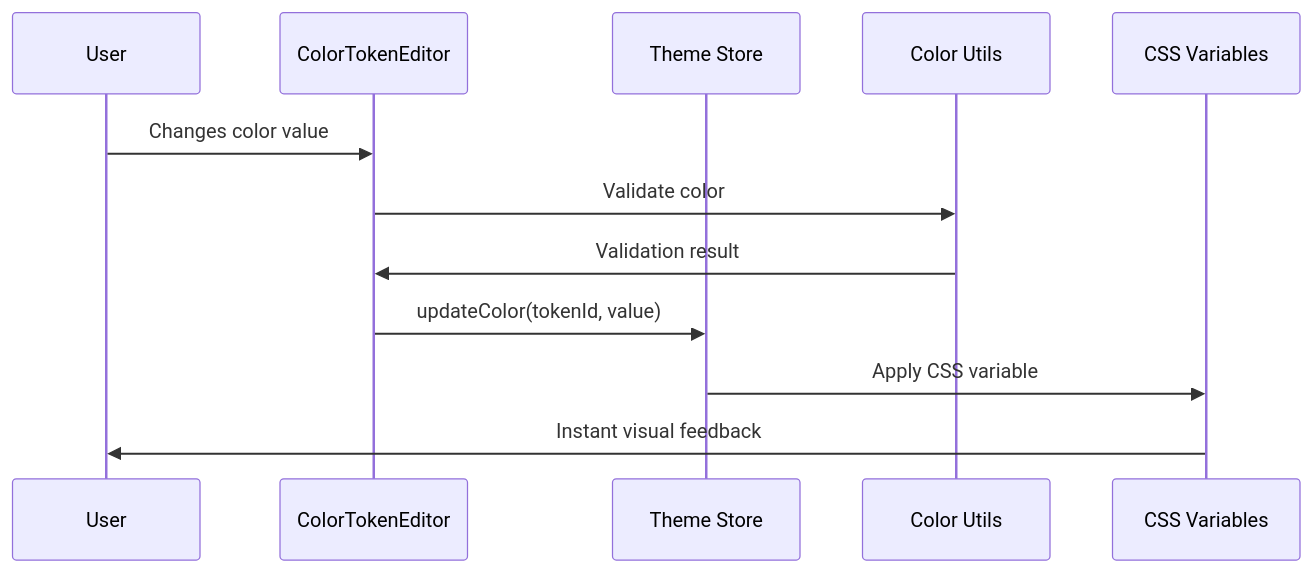
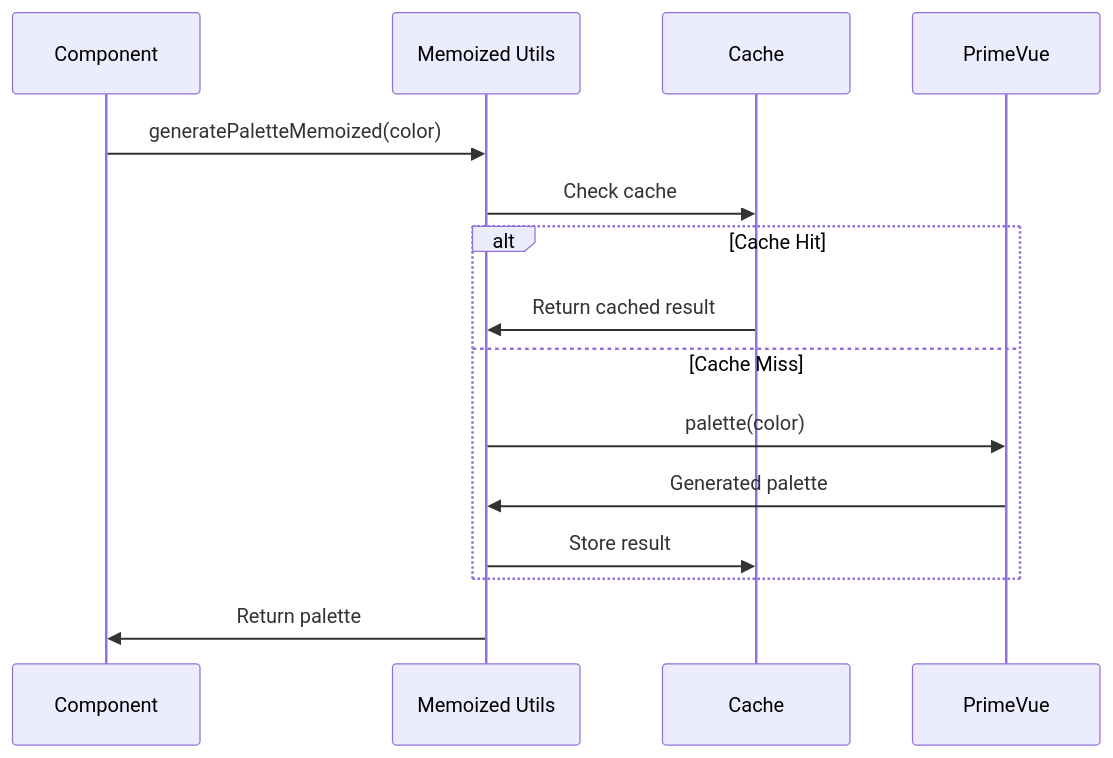
The third of 3 diagrams in THEME_SYSTEM_DOCUMENTATION.md (nmcnair22/Triton_base), drawn with Mermaid before and after one commit. The commit also changed other lines of this file, not shown here.

Commit message:
Refactor theme system with split stores and performance optimizations

````diff
--- a/THEME_SYSTEM_DOCUMENTATION.md
+++ b/THEME_SYSTEM_DOCUMENTATION.md
@@ -251,15 +436,20 @@
 ```mermaid
 sequenceDiagram
-    participant User
-    participant Editor as ColorTokenEditor
-    participant Store as Theme Store
-    participant Utils as Color Utils
-    participant CSS as CSS Variables
+    participant Component
+    participant Memoized as Memoized Utils
+    participant Cache
+    participant PrimeVue
 
-    User->>Editor: Changes color value
-    Editor->>Utils: Validate color
-    Utils->>Editor: Validation result
-    Editor->>Store: updateColor(tokenId, value)
-    Store->>CSS: Apply CSS variable
-    CSS->>User: Instant visual feedback
+    Component->>Memoized: generatePaletteMemoized(color)
+    Memoized->>Cache: Check cache
+    
+    alt Cache Hit
+        Cache->>Memoized: Return cached result
+    else Cache Miss
+        Memoized->>PrimeVue: palette(color)
+        PrimeVue->>Memoized: Generated palette
+        Memoized->>Cache: Store result
+    end
+    
+    Memoized->>Component: Return palette
 ```
````
